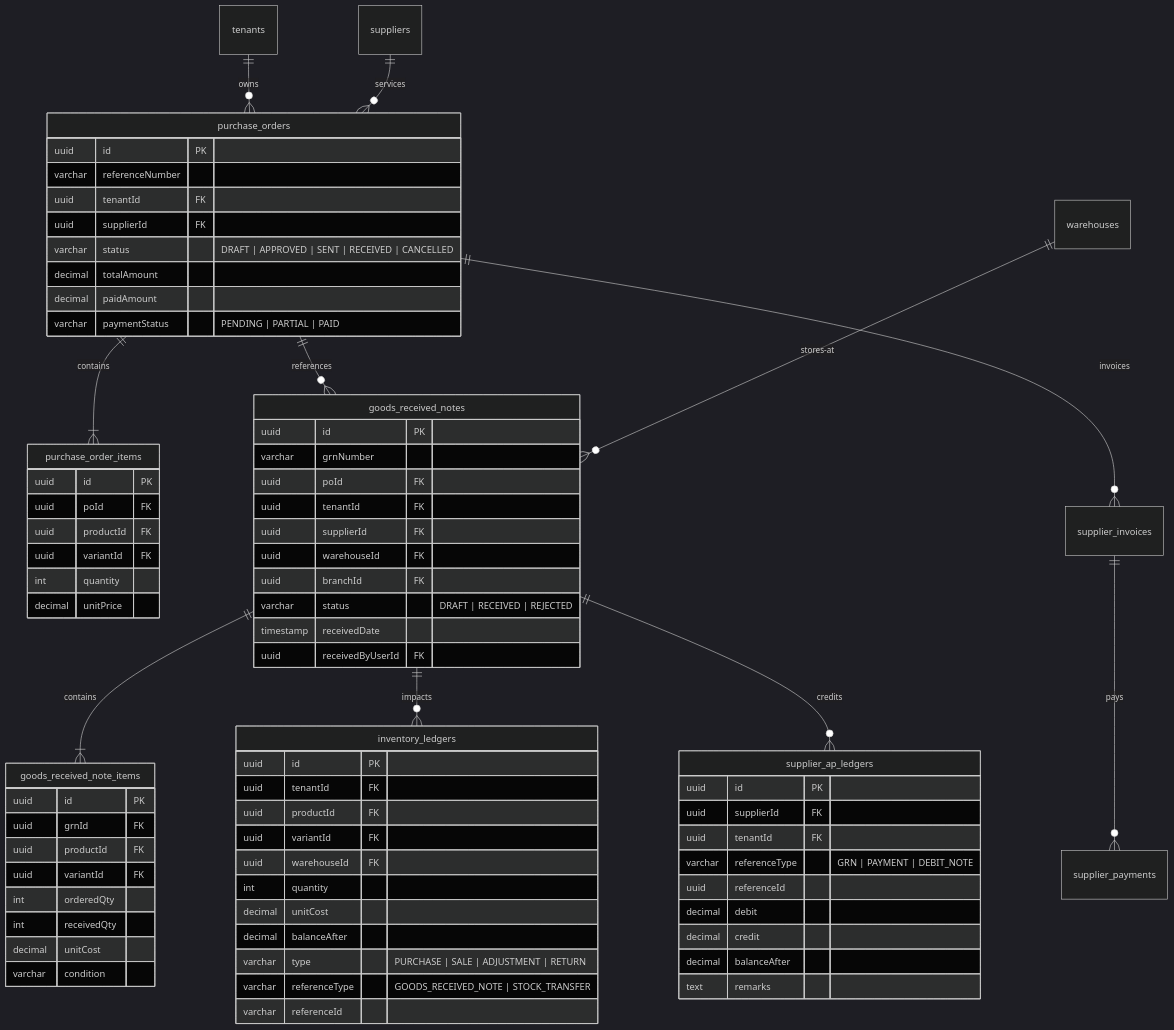
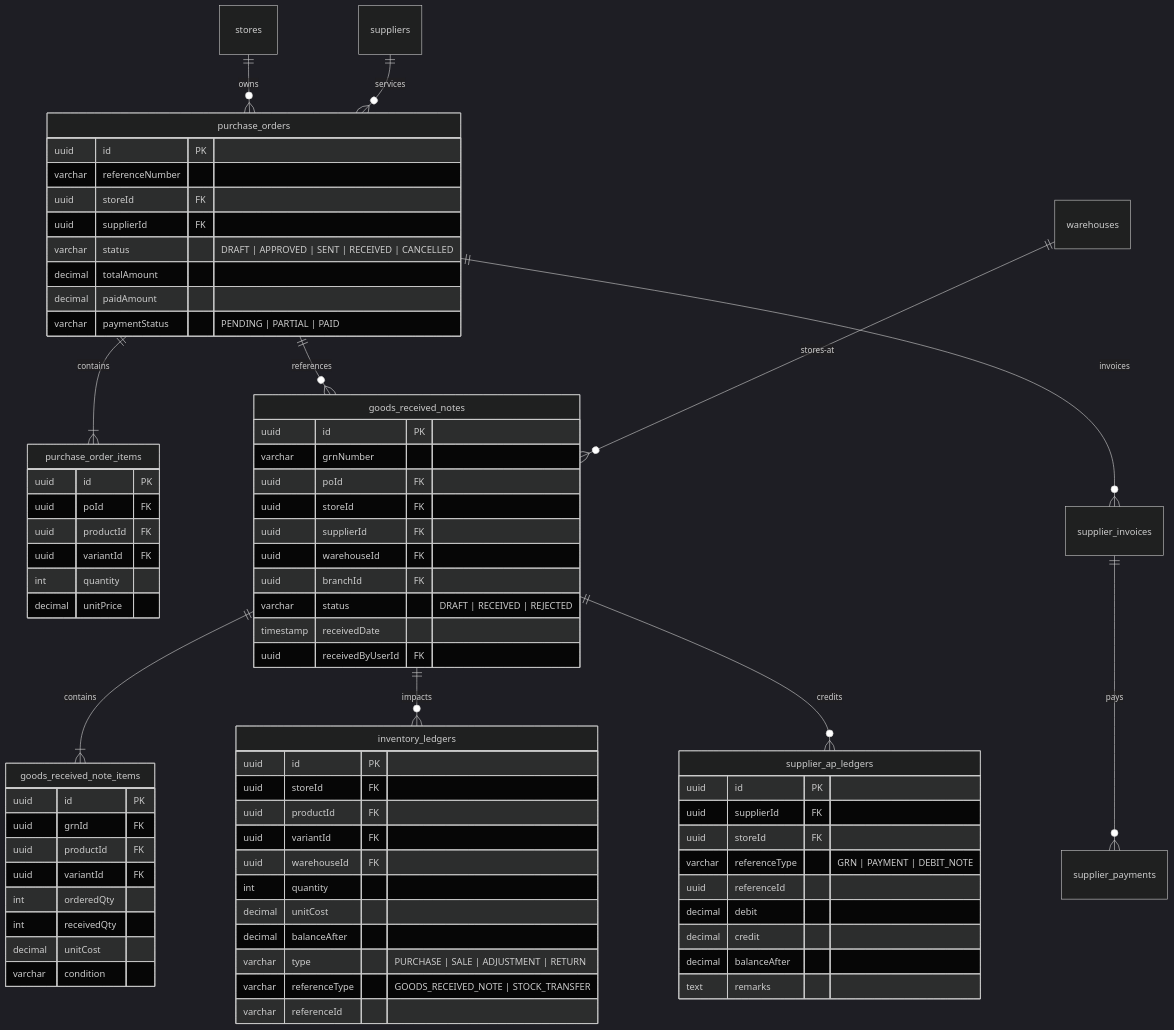
Before and after one commit to gowtamkumar/eCommerce-multi-store-saas-erp: the second of 2 diagrams in doc/developer/purchase_flow_guide.md, drawn with Mermaid (dark theme). The commit also changed other lines of this file and 764 other files, not shown here.

````diff
--- a/doc/developer/purchase_flow_guide.md
+++ b/doc/developer/purchase_flow_guide.md
@@ -72,6 +72,6 @@
 ```mermaid
 erDiagram
-    tenants ||--o{ purchase_orders : owns
+    stores ||--o{ purchase_orders : owns
     suppliers ||--o{ purchase_orders : services
     purchase_orders ||--|{ purchase_order_items : contains
     purchase_orders ||--o{ goods_received_notes : references
@@ -86,7 +86,7 @@
     purchase_orders {
         uuid id PK
         varchar referenceNumber
-        uuid tenantId FK
+        uuid storeId FK
         uuid supplierId FK
         varchar status "DRAFT | APPROVED | SENT | RECEIVED | CANCELLED"
         decimal totalAmount
@@ -107,7 +107,7 @@
         uuid id PK
         varchar grnNumber
         uuid poId FK
-        uuid tenantId FK
+        uuid storeId FK
         uuid supplierId FK
         uuid warehouseId FK
         uuid branchId FK
@@ -129,7 +129,7 @@
 
     inventory_ledgers {
         uuid id PK
-        uuid tenantId FK
+        uuid storeId FK
         uuid productId FK
         uuid variantId FK
         uuid warehouseId FK
@@ -144,7 +144,7 @@
     supplier_ap_ledgers {
         uuid id PK
         uuid supplierId FK
-        uuid tenantId FK
+        uuid storeId FK
         varchar referenceType "GRN | PAYMENT | DEBIT_NOTE"
         uuid referenceId
         decimal debit
````
